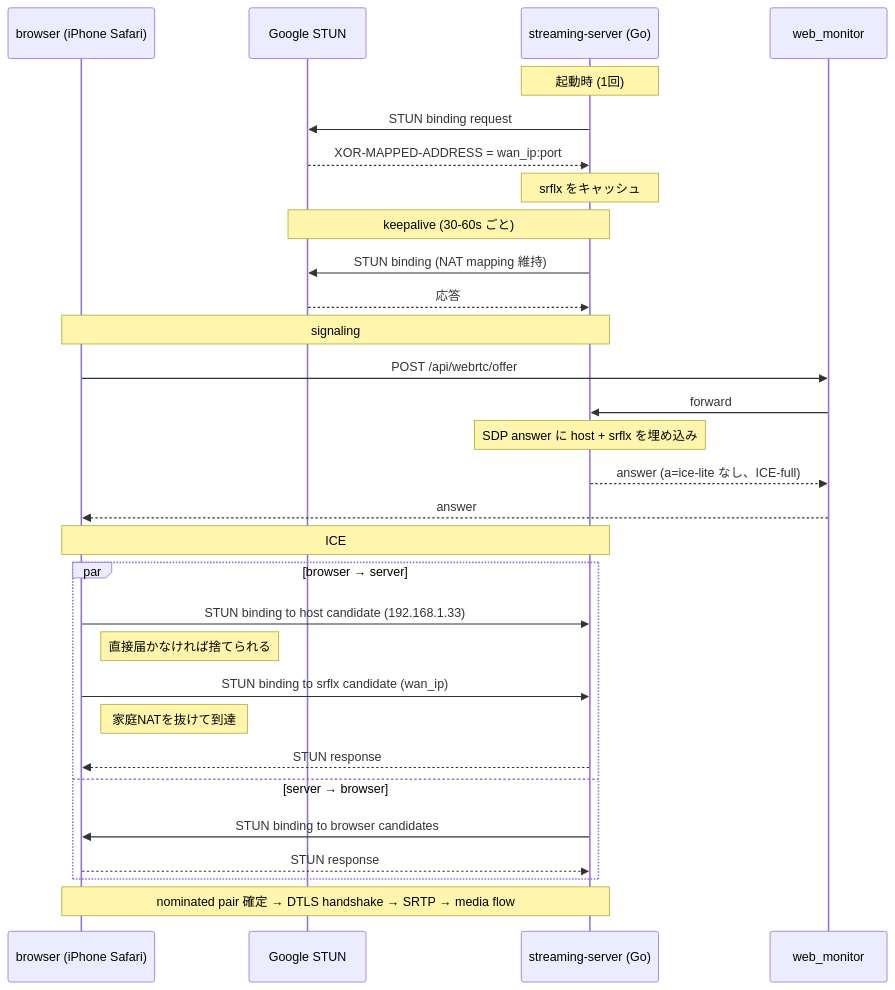
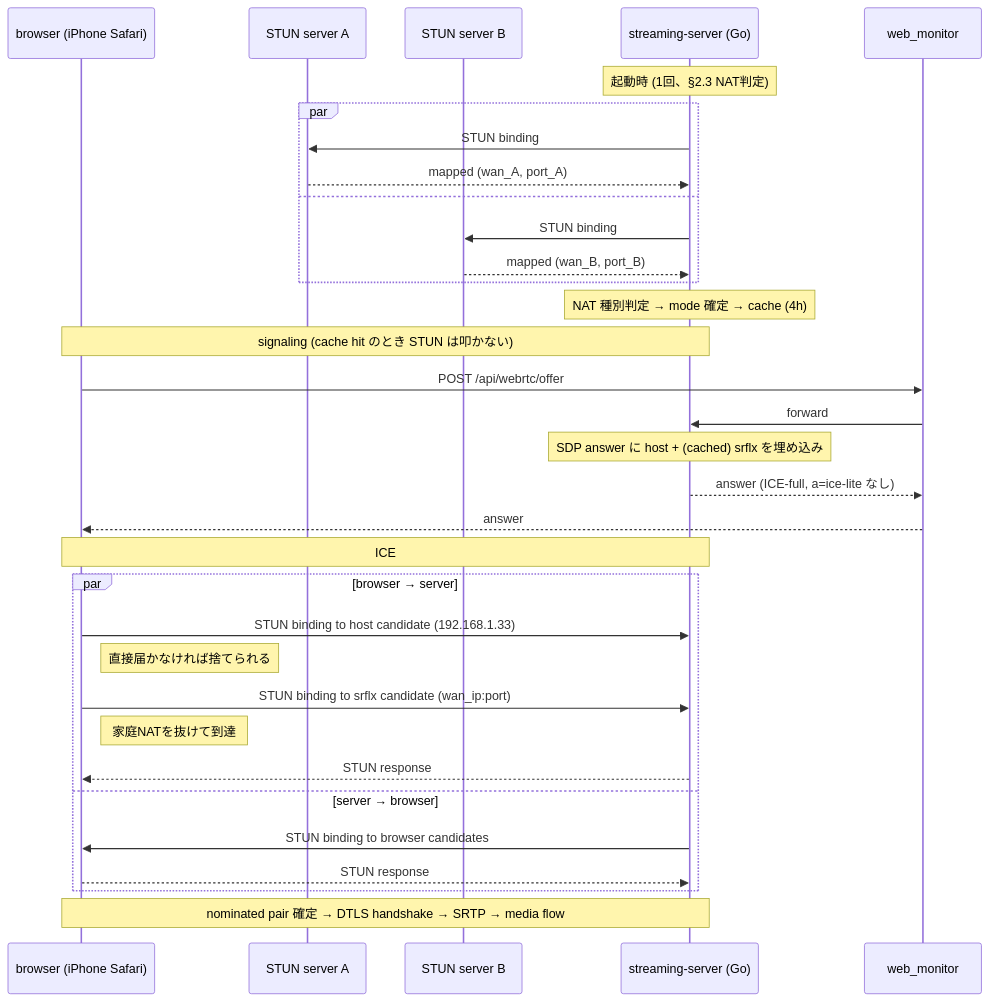
One commit to dj-oyu/rdk-x5_smart-pet-camera changed the diagram in docs/webrtc-ice-full-restoration.md. Above: the diagram before and after it, drawn with Mermaid. The commit also changed other lines of this file, not shown here.

````diff
--- a/docs/webrtc-ice-full-restoration.md
+++ b/docs/webrtc-ice-full-restoration.md
@@ -112,37 +142,39 @@
 ```mermaid
 sequenceDiagram
     participant B as browser (iPhone Safari)
-    participant GS as Google STUN
+    participant SA as STUN server A
+    participant SB as STUN server B
     participant S as streaming-server (Go)
     participant W as web_monitor
 
-    Note over S: 起動時 (1回)
-    S->>GS: STUN binding request
-    GS-->>S: XOR-MAPPED-ADDRESS = wan_ip:port
-    Note over S: srflx をキャッシュ
+    Note over S: 起動時 (1回、§2.3 NAT判定)
+    par
+      S->>SA: STUN binding
+      SA-->>S: mapped (wan_A, port_A)
+    and
+      S->>SB: STUN binding
+      SB-->>S: mapped (wan_B, port_B)
+    end
+    Note over S: NAT 種別判定 → mode 確定 → cache (4h)
 
-    Note over S,GS: keepalive (30-60s ごと)
-    S->>GS: STUN binding (NAT mapping 維持)
-    GS-->>S: 応答
-
-    Note over B,S: signaling
+    Note over B,S: signaling (cache hit のとき STUN は叩かない)
     B->>W: POST /api/webrtc/offer
     W->>S: forward
-    Note over S: SDP answer に host + srflx を埋め込み
-    S-->>W: answer (a=ice-lite なし、ICE-full)
+    Note over S: SDP answer に host + (cached) srflx を埋め込み
+    S-->>W: answer (ICE-full, a=ice-lite なし)
     W-->>B: answer
 
     Note over B,S: ICE
     par browser → server
         B->>S: STUN binding to host candidate (192.168.1.33)
         Note right of B: 直接届かなければ捨てられる
-        B->>S: STUN binding to srflx candidate (wan_ip)
+        B->>S: STUN binding to srflx candidate (wan_ip:port)
         Note right of B: 家庭NATを抜けて到達
         S-->>B: STUN response
     and server → browser
         S->>B: STUN binding to browser candidates
         B-->>S: STUN response
     end
 
     Note over B,S: nominated pair 確定 → DTLS handshake → SRTP → media flow
 ```
````
